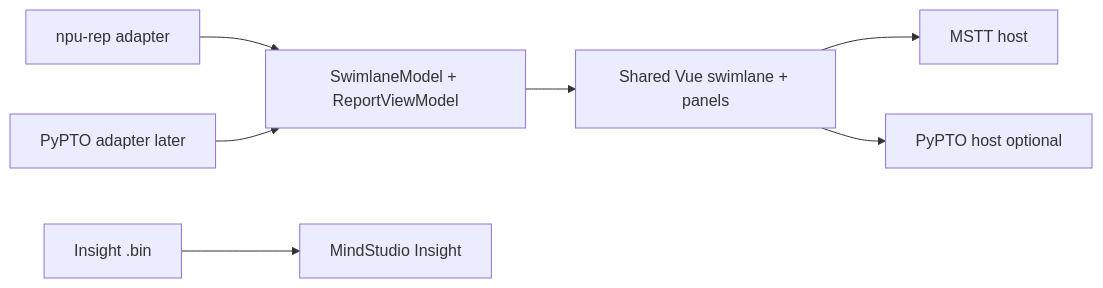
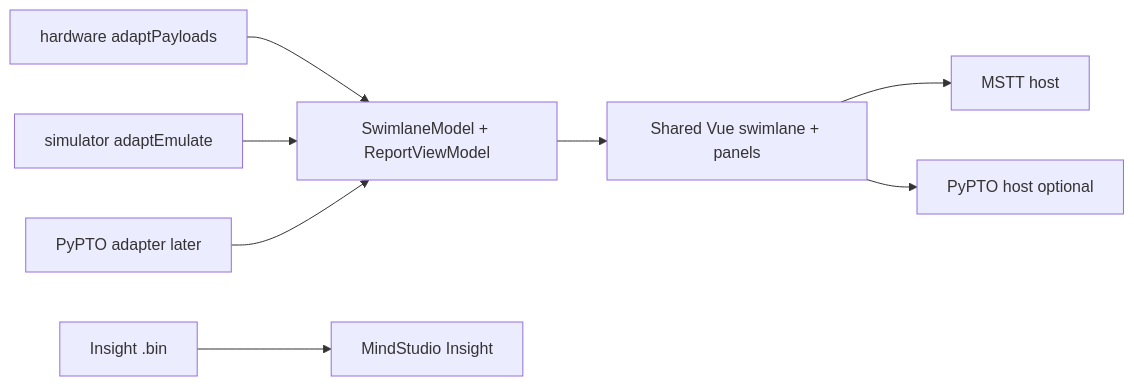
One commit to IdeFrontend/profiling-report changed the first of 2 diagrams in docs/architecture/ARCHITECTURE.md. Above: the diagram before and after it, drawn with Mermaid. The commit also changed other lines of this file and 79 other files, not shown here.

First line of the commit message:
feat: emulate profile adapter (npu_emulate .npu-rep) (#118)

````diff
--- a/docs/architecture/ARCHITECTURE.md
+++ b/docs/architecture/ARCHITECTURE.md
@@ -21,9 +21,10 @@
 ```mermaid
 flowchart LR
-  Rep["npu-rep adapter"] --> Models["SwimlaneModel + ReportViewModel"]
+  HW["hardware adaptPayloads"] --> Models["SwimlaneModel + ReportViewModel"]
+  SIM["simulator adaptEmulate"] --> Models
   Pypto["PyPTO adapter later"] --> Models
   Models --> SharedUI["Shared Vue swimlane + panels"]
   SharedUI --> MsttHost["MSTT host"]
   SharedUI --> PyptoHost["PyPTO host optional"]
   Bin["Insight .bin"] --> Insight["MindStudio Insight"]
 ```
````
